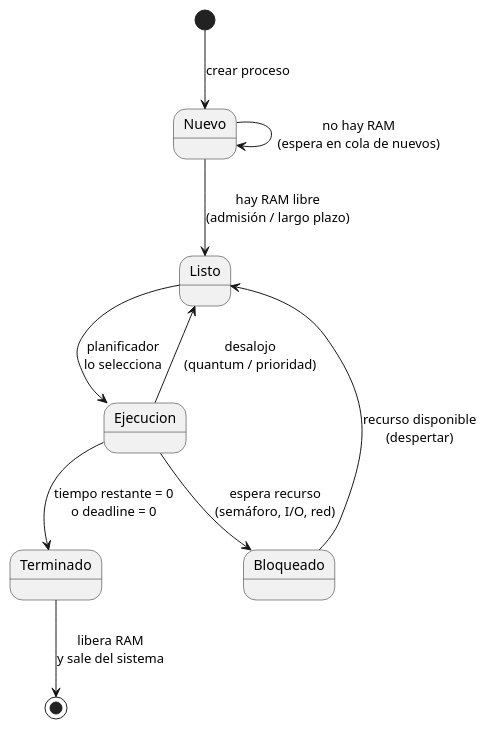
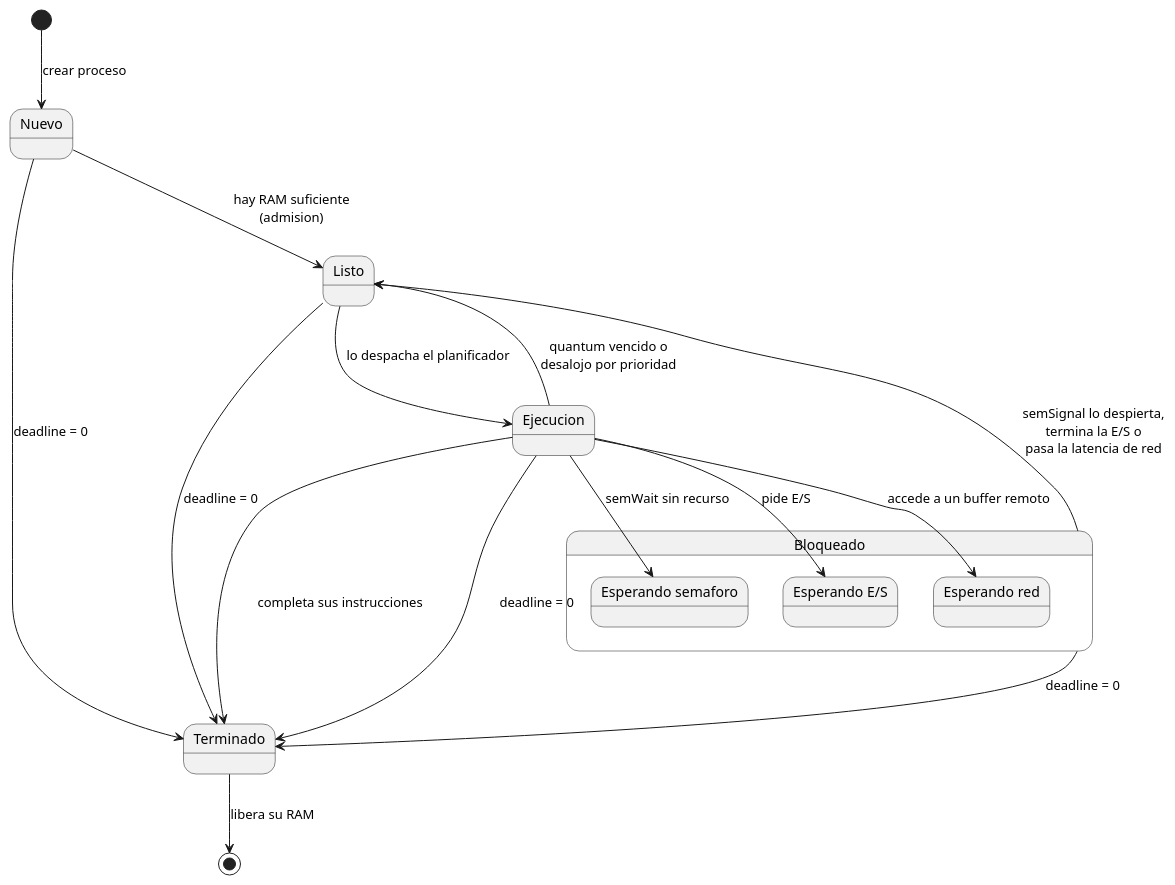
One commit to Stefano-dmm/AvilaOs---Sis.-Op changed the diagram in docs/uml_estados.puml. Above: the diagram before and after it, drawn with PlantUML. The commit also changed 7 other files, not shown here.

Commit message:
docs: informe del proyecto con diagramas UML de clases y estados, resultados y conclusiones

```diff
--- a/docs/uml_estados.puml
+++ b/docs/uml_estados.puml
@@ -1,18 +1,29 @@
 @startuml AvilaOS_EstadosProceso
 
 [*] --> Nuevo : crear proceso
 
-Nuevo --> Listo : hay RAM libre\n(admisión / largo plazo)
-Nuevo --> Nuevo : no hay RAM\n(espera en cola de nuevos)
+Nuevo --> Listo : hay RAM suficiente\n(admision)
+Listo --> Ejecucion : lo despacha el planificador
+Ejecucion --> Listo : quantum vencido o\ndesalojo por prioridad
+Ejecucion --> Terminado : completa sus instrucciones
 
-Listo --> Ejecucion : planificador\nlo selecciona
+state Bloqueado {
+  state "Esperando semaforo" as BloqSem
+  state "Esperando E/S" as BloqES
+  state "Esperando red" as BloqRed
+}
 
-Ejecucion --> Listo : desalojo\n(quantum / prioridad)
-Ejecucion --> Bloqueado : espera recurso\n(semáforo, I/O, red)
-Ejecucion --> Terminado : tiempo restante = 0\no deadline = 0
+Ejecucion --> BloqSem : semWait sin recurso
+Ejecucion --> BloqES : pide E/S
+Ejecucion --> BloqRed : accede a un buffer remoto
 
-Bloqueado --> Listo : recurso disponible\n(despertar)
+Bloqueado --> Listo : semSignal lo despierta,\ntermina la E/S o\npasa la latencia de red
 
-Terminado --> [*] : libera RAM\ny sale del sistema
+Nuevo --> Terminado : deadline = 0
+Listo --> Terminado : deadline = 0
+Ejecucion --> Terminado : deadline = 0
+Bloqueado --> Terminado : deadline = 0
+
+Terminado --> [*] : libera su RAM
 
 @enduml
```
